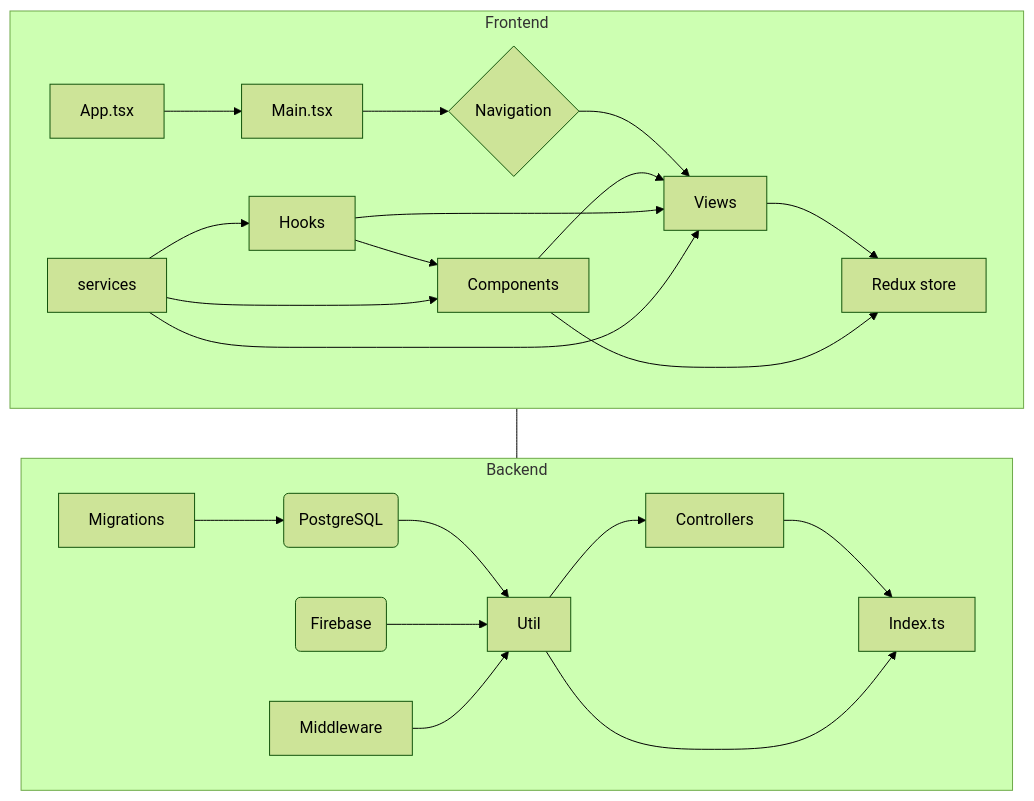
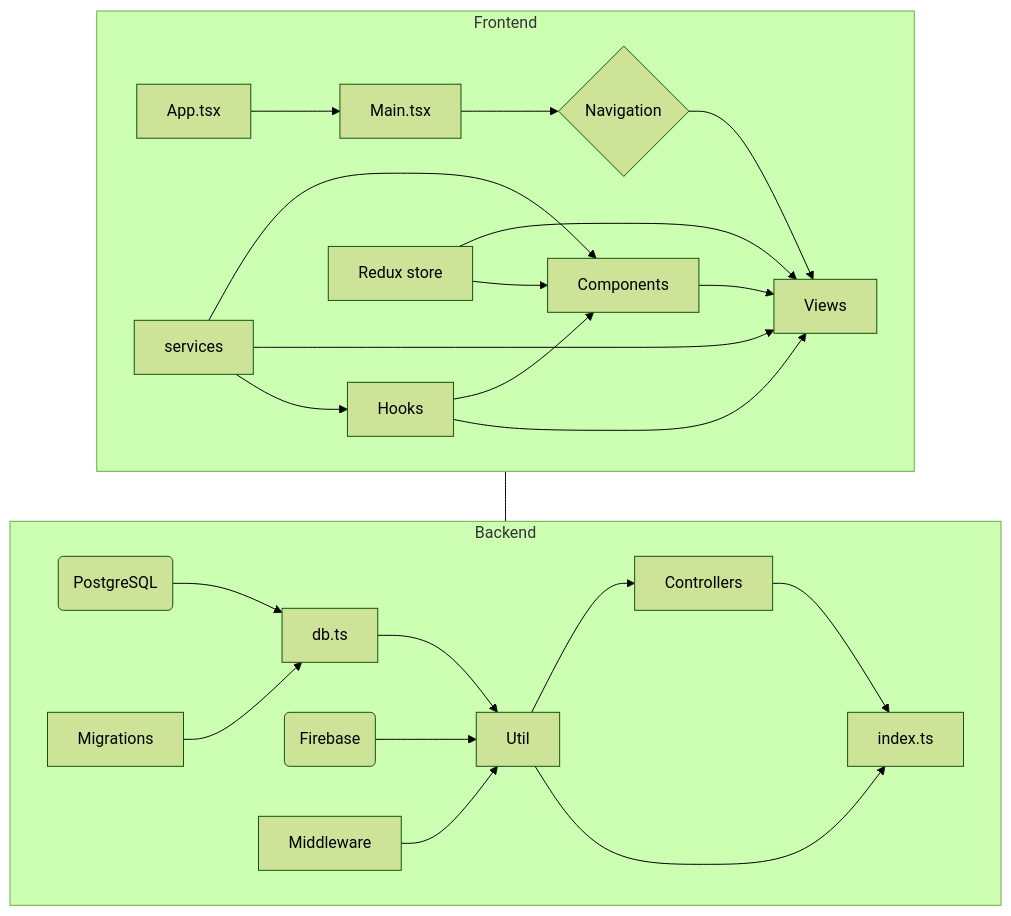
One commit to maazjes/UpCycle changed the diagram in README.md. Above: the diagram before and after it, drawn with Mermaid. The commit also changed other lines of this file, not shown here.

````diff
--- a/README.md
+++ b/README.md
@@ -21,28 +31,29 @@
 ```mermaid
 %%{init: {'theme': 'forest', "flowchart" : { "curve" : "basis" } } }%%
 graph TB
 subgraph Frontend
 A[App.tsx] --> B[Main.tsx]
 B --> C{Navigation}
 C --> D[Views]
 E[Components] --> D
 F[Hooks] --> E
 F --> D
-D --> H[Redux store]
-E --> H
+H[Redux store] --> D
+H --> E
 S[services] --> E
 S --> D
 S --> F
 end
 subgraph Backend
-I[Index.ts]
+I[index.ts]
 J[Controllers] --> I
 K[Util] --> I
-P(PostgreSQL) --> K
-Migrations --> P
+DB[db.ts] --> K
+P(PostgreSQL) --> DB
+Migrations --> DB
 K --> J
 L(Firebase) --> K
 M[Middleware] --> K
 end
 Frontend --- Backend
 ```
````
